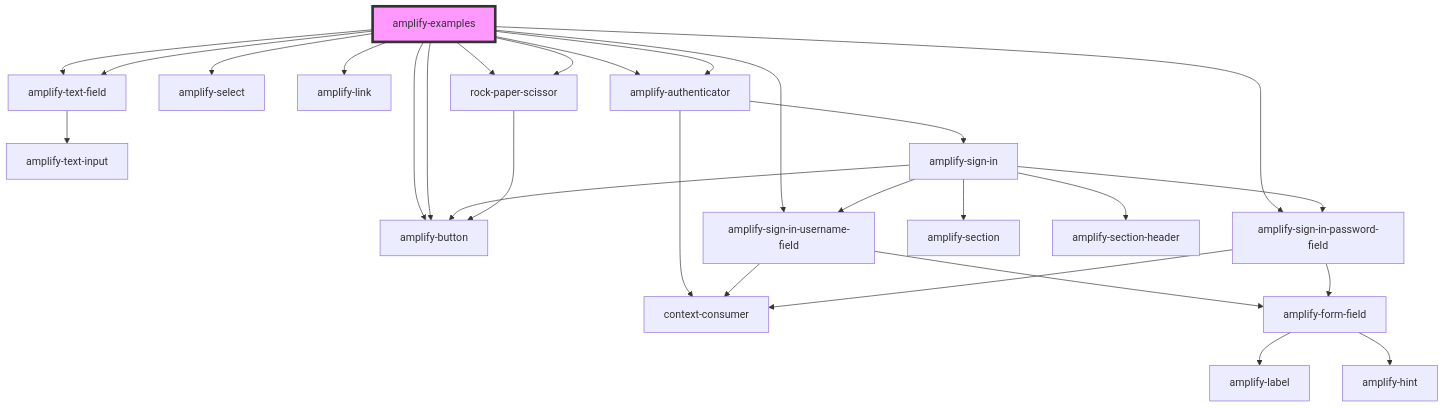
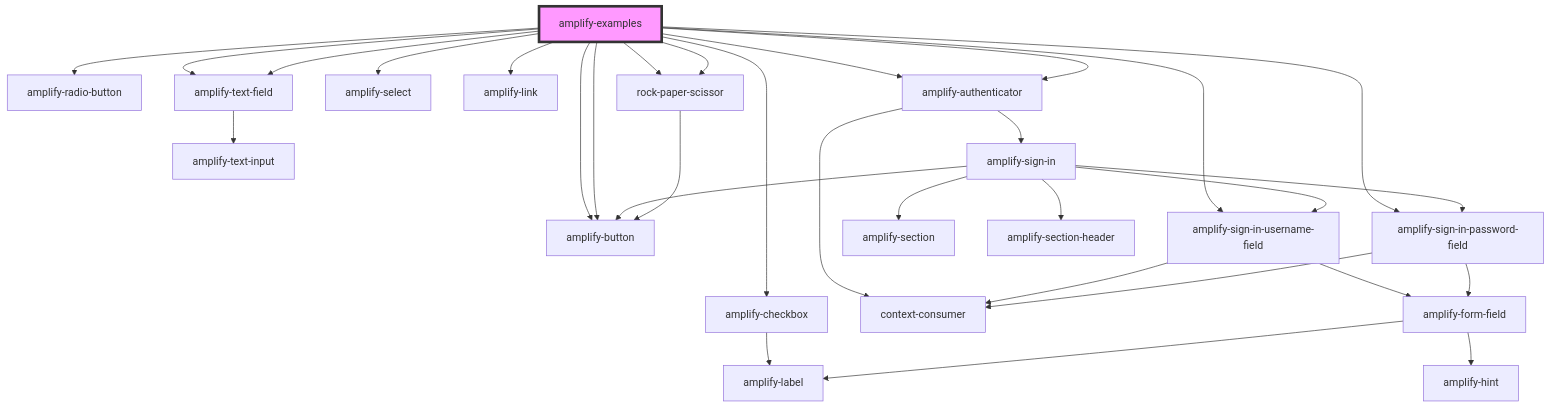
Before and after one commit to OneDev0411/amplify-js: the diagram in packages/amplify-ui-components/src/components/amplify-examples/readme.md, drawn with Mermaid. The commit also changed other lines of this file and 14 other files, not shown here.

````diff
--- a/packages/amplify-ui-components/src/components/amplify-examples/readme.md
+++ b/packages/amplify-ui-components/src/components/amplify-examples/readme.md
@@ -26,31 +28,34 @@
 ```mermaid
 graph TD;
+  amplify-examples --> amplify-checkbox
+  amplify-examples --> amplify-radio-button
   amplify-examples --> amplify-text-field
   amplify-examples --> amplify-text-field
   amplify-examples --> amplify-select
   amplify-examples --> amplify-button
   amplify-examples --> amplify-link
   amplify-examples --> amplify-authenticator
   amplify-examples --> amplify-sign-in-username-field
   amplify-examples --> amplify-sign-in-password-field
   amplify-examples --> amplify-button
   amplify-examples --> amplify-authenticator
   amplify-examples --> rock-paper-scissor
   amplify-examples --> rock-paper-scissor
+  amplify-checkbox --> amplify-label
   amplify-text-field --> amplify-text-input
   amplify-authenticator --> amplify-sign-in
   amplify-authenticator --> context-consumer
   amplify-sign-in --> amplify-section
   amplify-sign-in --> amplify-section-header
   amplify-sign-in --> amplify-sign-in-username-field
   amplify-sign-in --> amplify-sign-in-password-field
   amplify-sign-in --> amplify-button
   amplify-sign-in-username-field --> amplify-form-field
   amplify-sign-in-username-field --> context-consumer
   amplify-form-field --> amplify-label
   amplify-form-field --> amplify-hint
   amplify-sign-in-password-field --> amplify-form-field
   amplify-sign-in-password-field --> context-consumer
   rock-paper-scissor --> amplify-button
   style amplify-examples fill:#f9f,stroke:#333,stroke-width:4px
 ```
````
